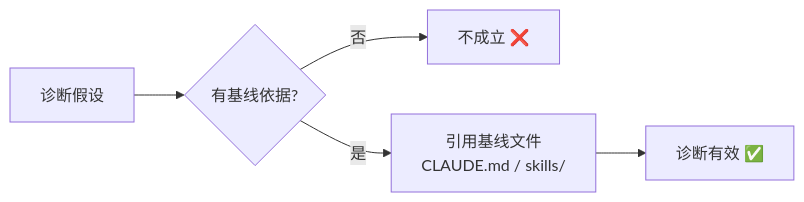
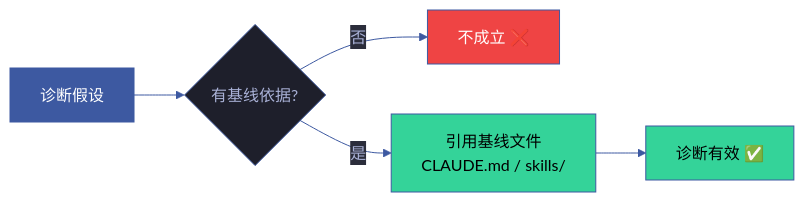
Before and after one commit to effiy/YrY: the third of 10 diagrams in skills/rui-yry/rules/self-improve.md, drawn with Mermaid. The commit also changed other lines of this file and 1028 other files, not shown here.

````diff
--- a/skills/rui-yry/rules/self-improve.md
+++ b/skills/rui-yry/rules/self-improve.md
@@ -98,9 +113,19 @@
 ```mermaid
+%%{init: {'theme': 'base', 'themeVariables': {
+  'primaryColor': '#1e1f2b',
+  'primaryTextColor': '#a9b1d6',
+  'primaryBorderColor': '#3d59a1',
+  'lineColor': '#3d59a1',
+  'secondaryColor': '#2b2d3b',
+  'tertiaryColor': '#21232f'
+}}}%%
 flowchart LR
     HYP["诊断假设"]:::src --> Q{"有基线依据?"}
     Q -->|"否"| REJ["不成立 ❌"]:::block
     Q -->|"是"| REF["引用基线文件<br/>CLAUDE.md / skills/"]:::ok
     REF --> DIAG["诊断有效 ✅"]:::ok
 
-
+    classDef src fill:#3d59a1,color:#fff
+    classDef block fill:#ef4444,color:#fff
+    classDef ok fill:#34d399,color:#000
 ```
````
